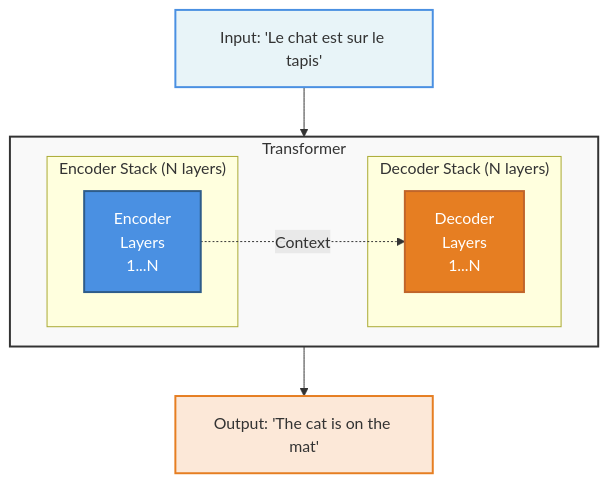
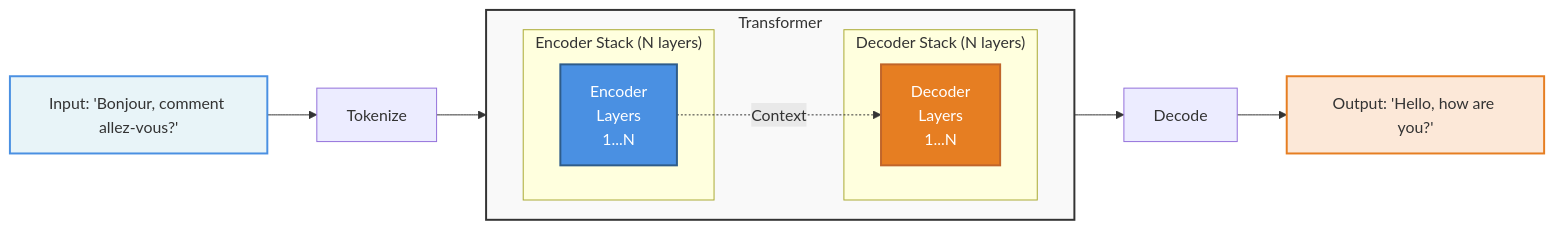
One commit to simonguest/CS-394 changed the diagram in src/01/diagrams/transformer-3.mmd. Above: the diagram before and after it, drawn with Mermaid. The commit also changed 7 other files, not shown here.

```diff
--- a/src/01/diagrams/transformer-3.mmd
+++ b/src/01/diagrams/transformer-3.mmd
@@ -1,26 +1,26 @@
-graph TB
-    Input["Input: 'Le chat est sur le tapis'"]
+graph LR
+    Input["Input: 'Bonjour, comment allez-vous?'"]
     
     subgraph Transformer
         direction LR
         subgraph "Encoder Stack (N layers)"
             E[Encoder<br/>Layers<br/>1...N]
         end
         
         subgraph "Decoder Stack (N layers)"
             D[Decoder<br/>Layers<br/>1...N]
         end
         
         E -.->|Context| D
     end
     
-    Output["Output: 'The cat is on the mat'"]
+    Output["Output: 'Hello, how are you?'"]
     
-    Input --> E
-    D --> Output
+    Input --> Tokenize --> E
+    D --> Decode --> Output
     
     style E fill:#4A90E2,stroke:#2E5C8A,stroke-width:2px,color:#fff
     style D fill:#E67E22,stroke:#C0652A,stroke-width:2px,color:#fff
     style Input fill:#E8F4F8,stroke:#4A90E2,stroke-width:2px
     style Output fill:#FCE8D8,stroke:#E67E22,stroke-width:2px
     style Transformer fill:#f9f9f9,stroke:#333,stroke-width:2px
```
